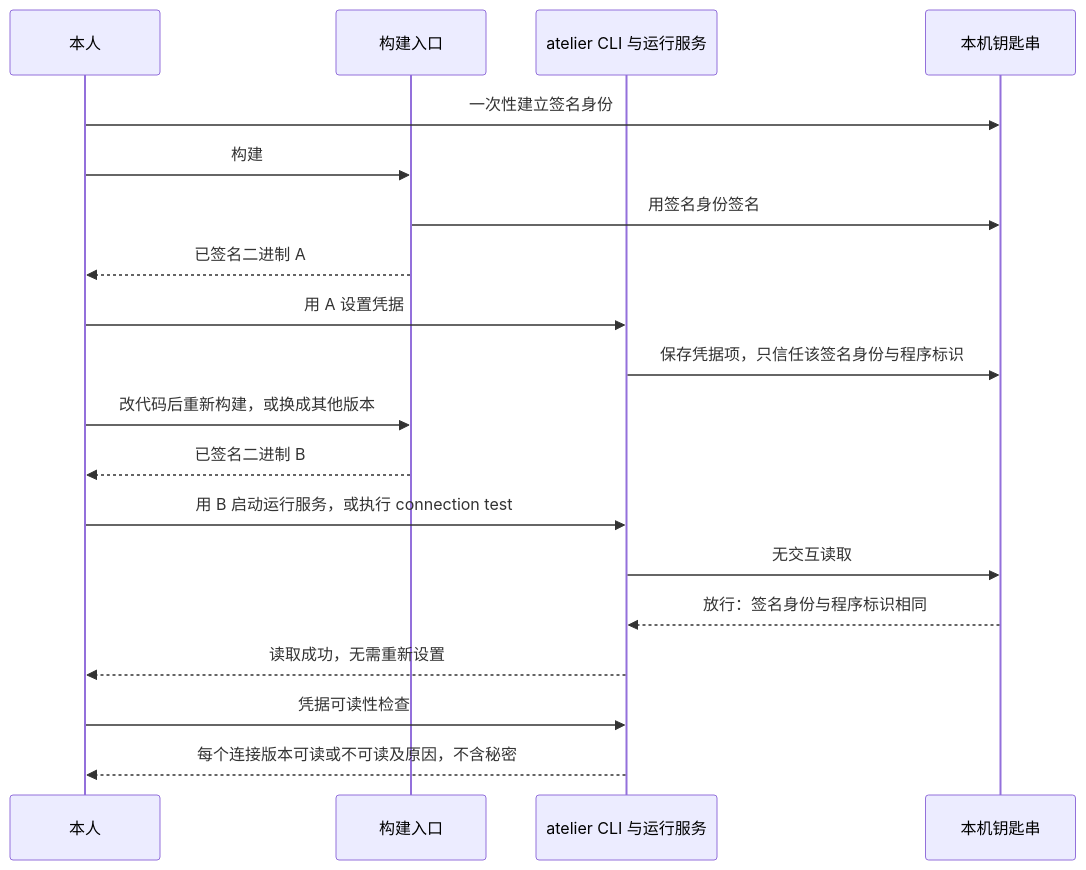
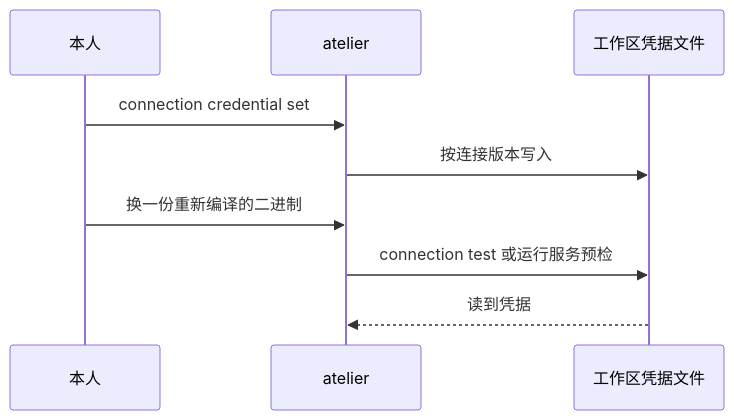
One commit to xforce-io/atelier changed the first of 3 diagrams in docs/design/24-stable-signing-identity/product.md. Above: the diagram before and after it, drawn with Mermaid. The commit also changed other lines of this file and 12 other files, not shown here.

````diff
--- a/docs/design/24-stable-signing-identity/product.md
+++ b/docs/design/24-stable-signing-identity/product.md
@@ -56,21 +40,11 @@
 ```mermaid
 sequenceDiagram
     participant Human as 本人
-    participant Build as 构建入口
-    participant CLI as atelier CLI 与运行服务
-    participant KC as 本机钥匙串
-    Human->>KC: 一次性建立签名身份
-    Human->>Build: 构建
-    Build->>KC: 用签名身份签名
-    Build-->>Human: 已签名二进制 A
-    Human->>CLI: 用 A 设置凭据
-    CLI->>KC: 保存凭据项，只信任该签名身份与程序标识
-    Human->>Build: 改代码后重新构建，或换成其他版本
-    Build-->>Human: 已签名二进制 B
-    Human->>CLI: 用 B 启动运行服务，或执行 connection test
-    CLI->>KC: 无交互读取
-    KC-->>CLI: 放行：签名身份与程序标识相同
-    CLI-->>Human: 读取成功，无需重新设置
-    Human->>CLI: 凭据可读性检查
-    CLI-->>Human: 每个连接版本可读或不可读及原因，不含秘密
+    participant CLI as atelier
+    participant File as 工作区凭据文件
+    Human->>CLI: connection credential set
+    CLI->>File: 按连接版本写入
+    Human->>CLI: 换一份重新编译的二进制
+    CLI->>File: connection test 或运行服务预检
+    File-->>CLI: 读到凭据
 ```
````
